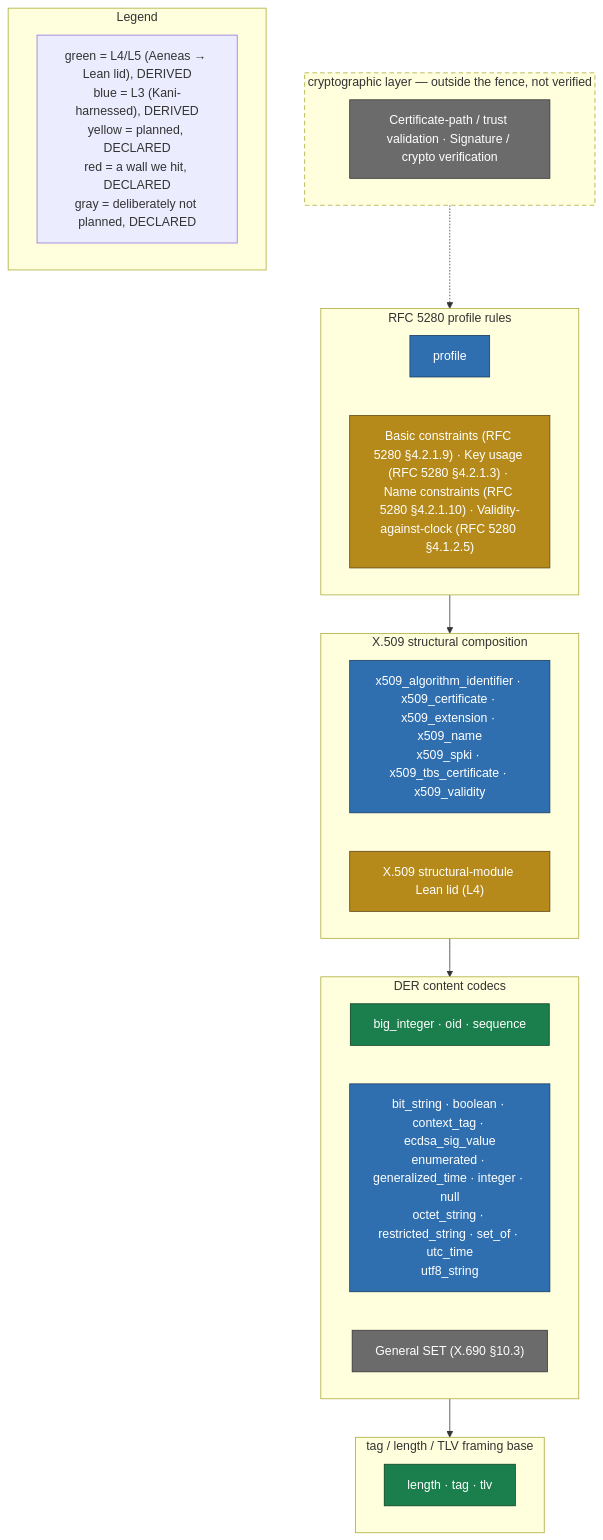
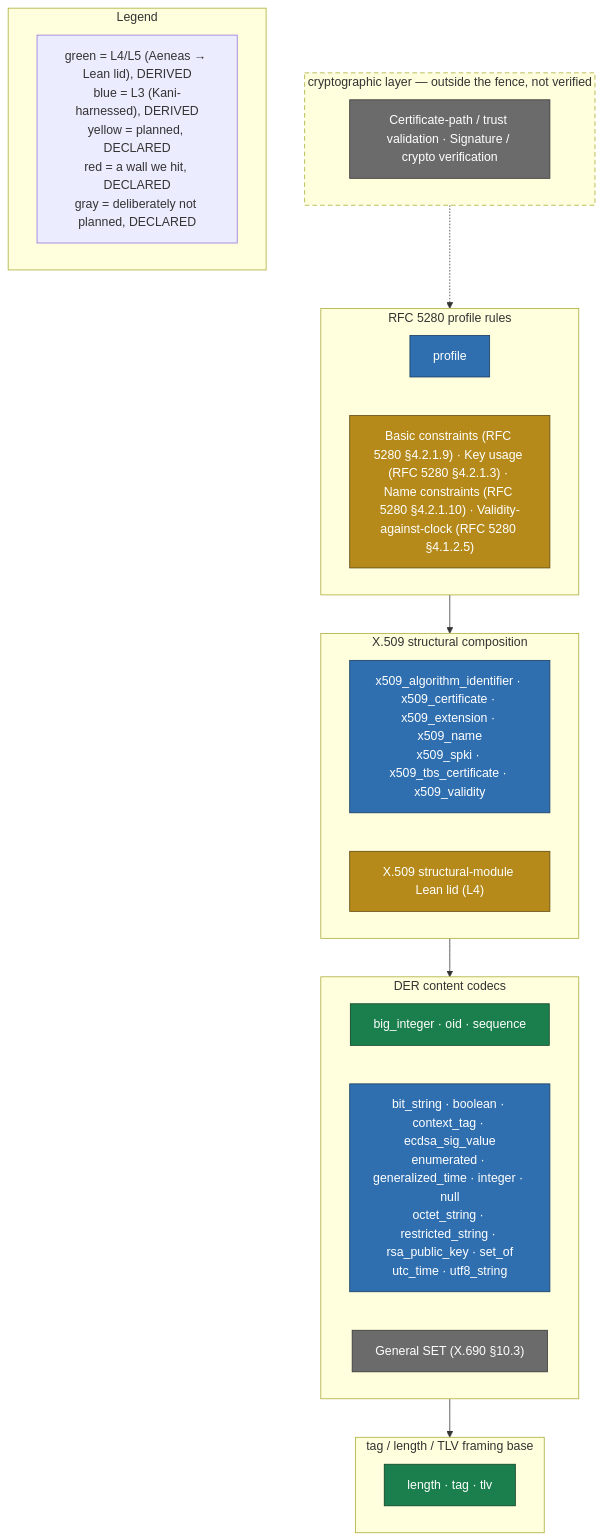
The diagram in README.md (ivmat/rs-verified-der), drawn with Mermaid before and after one commit. The commit also changed other lines of this file and 10 other files, not shown here.

````diff
--- a/README.md
+++ b/README.md
@@ -77,40 +86,40 @@
 ```mermaid
 flowchart TB
     classDef green fill:#1b7f4d,stroke:#0a3d22,color:#ffffff
     classDef blue fill:#2f6fb0,stroke:#173a5e,color:#ffffff
     classDef yellow fill:#b58a1a,stroke:#5c4610,color:#ffffff
     classDef red fill:#b3382a,stroke:#5c1a10,color:#ffffff
     classDef gray fill:#6b6b6b,stroke:#333333,color:#ffffff
 
     subgraph crypto_layer["cryptographic layer — outside the fence, not verified"]
         direction LR
         style crypto_layer stroke-dasharray: 6 4
         crypto_gray["Certificate-path / trust validation · Signature / crypto verification"]:::gray
     end
     subgraph profile_layer["RFC 5280 profile rules"]
         direction LR
         profile_blue["profile"]:::blue
         profile_yellow["Basic constraints (RFC 5280 §4.2.1.9) · Key usage (RFC 5280 §4.2.1.3) · Name constraints (RFC 5280 §4.2.1.10) · Validity-against-clock (RFC 5280 §4.1.2.5)"]:::yellow
     end
     subgraph structural_layer["X.509 structural composition"]
         direction LR
         structural_blue["x509_algorithm_identifier · x509_certificate · x509_extension · x509_name<br/>x509_spki · x509_tbs_certificate · x509_validity"]:::blue
         structural_yellow["X.509 structural-module Lean lid (L4)"]:::yellow
     end
     subgraph codecs_layer["DER content codecs"]
         direction LR
         codecs_green["big_integer · oid · sequence"]:::green
-        codecs_blue["bit_string · boolean · context_tag · ecdsa_sig_value<br/>enumerated · generalized_time · integer · null<br/>octet_string · restricted_string · set_of · utc_time<br/>utf8_string"]:::blue
+        codecs_blue["bit_string · boolean · context_tag · ecdsa_sig_value<br/>enumerated · generalized_time · integer · null<br/>octet_string · restricted_string · rsa_public_key · set_of<br/>utc_time · utf8_string"]:::blue
         codecs_gray["General SET (X.690 §10.3)"]:::gray
     end
     subgraph framing_layer["tag / length / TLV framing base"]
         direction LR
         framing_green["length · tag · tlv"]:::green
     end
 
     crypto_layer -.-> profile_layer --> structural_layer --> codecs_layer --> framing_layer
 
     subgraph legend["Legend"]
         legend_all["green = L4/L5 (Aeneas → Lean lid), DERIVED<br/>blue = L3 (Kani-harnessed), DERIVED<br/>yellow = planned, DECLARED<br/>red = a wall we hit, DECLARED<br/>gray = deliberately not planned, DECLARED"]
     end
 ```
````
